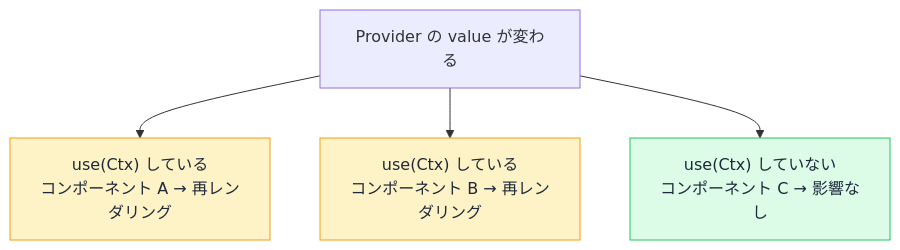
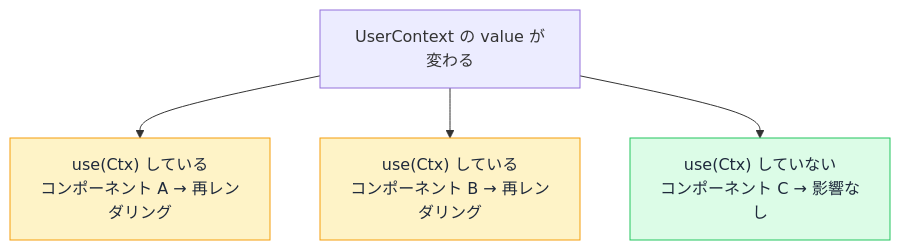
One commit to ozaki25/web-front-training-ozaki25 changed the second of 2 diagrams in docs/drafts/026/index.md. Above: the diagram before and after it, drawn with Mermaid. The commit also changed other lines of this file and 3 other files, not shown here.

````diff
--- a/docs/drafts/026/index.md
+++ b/docs/drafts/026/index.md
@@ -122,9 +126,9 @@
 ```mermaid
 flowchart TD
-  A["Provider の value が変わる"] --> B["use(Ctx) している<br>コンポーネント A → 再レンダリング"]
+  A["UserContext の value が変わる"] --> B["use(Ctx) している<br>コンポーネント A → 再レンダリング"]
   A --> C["use(Ctx) している<br>コンポーネント B → 再レンダリング"]
   A --> D["use(Ctx) していない<br>コンポーネント C → 影響なし"]
   style B fill:#fef3c7,color:#1e293b,stroke:#f59e0b
   style C fill:#fef3c7,color:#1e293b,stroke:#f59e0b
   style D fill:#dcfce7,color:#1e293b,stroke:#22c55e
 ```
````
